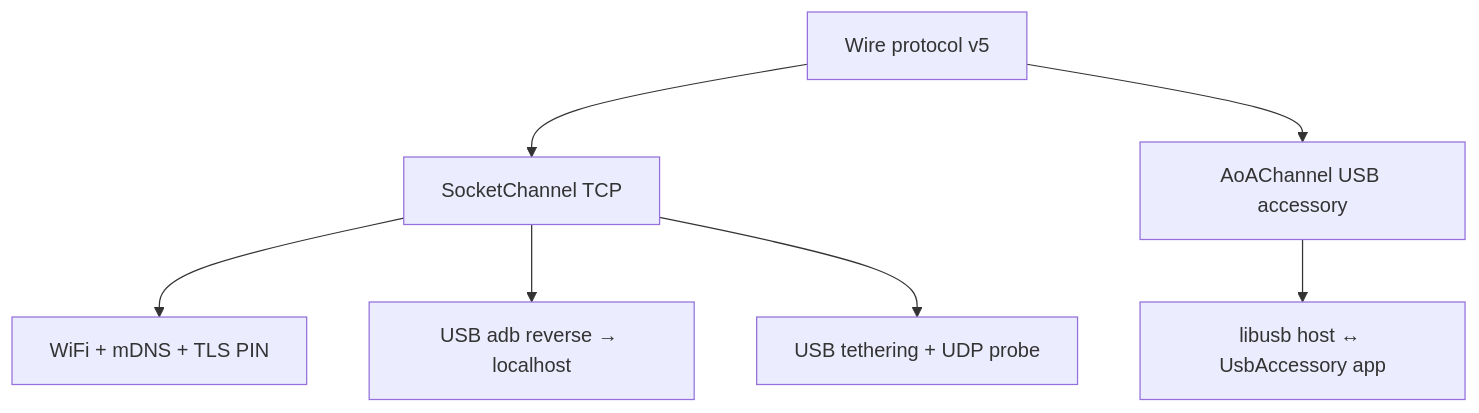
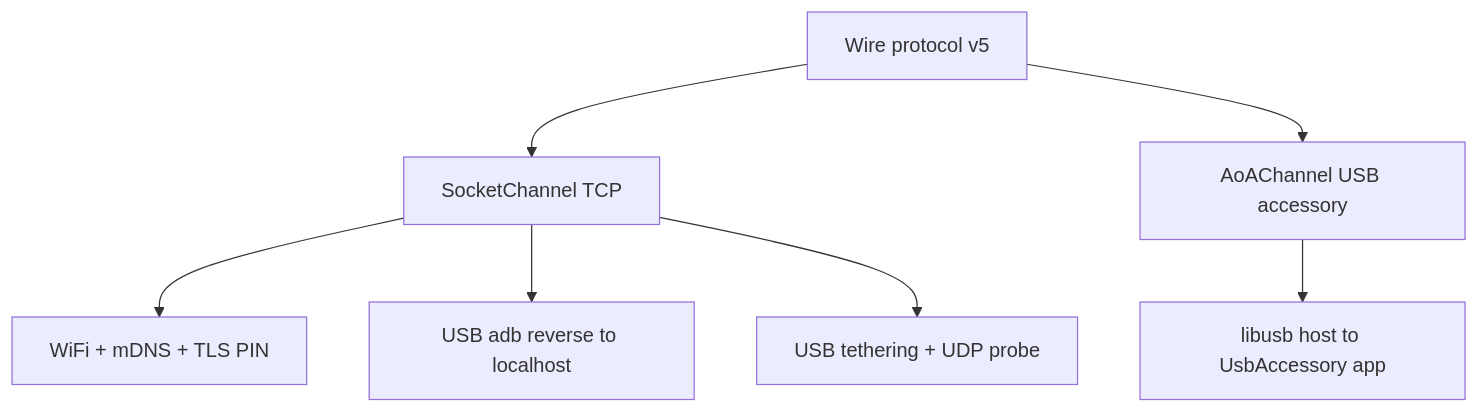
The seventh of 10 diagrams in docs/ARCHITECTURE.md (davidcarma/droppix), drawn with Mermaid before and after one commit. The commit also changed other lines of this file, not shown here.

First line of the commit message:
docs: fix Mermaid diagrams for GitHub rendering

````diff
--- a/docs/ARCHITECTURE.md
+++ b/docs/ARCHITECTURE.md
@@ -165,10 +169,10 @@
 ```mermaid
 flowchart TB
     PROTO[Wire protocol v5]
     PROTO --> SOCK[SocketChannel TCP]
     PROTO --> AOA[AoAChannel USB accessory]
     SOCK --> WIFI[WiFi + mDNS + TLS PIN]
-    SOCK --> ADB[USB adb reverse → localhost]
+    SOCK --> ADB[USB adb reverse to localhost]
     SOCK --> TETHER[USB tethering + UDP probe]
-    AOA --> ACCESSORY[libusb host ↔ UsbAccessory app]
+    AOA --> ACCESSORY[libusb host to UsbAccessory app]
 ```
````
